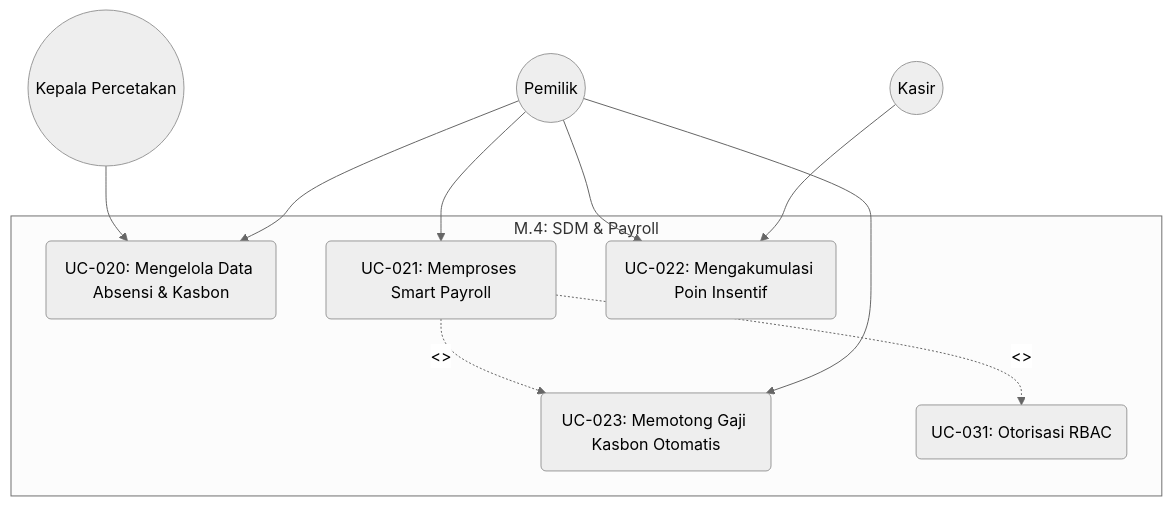
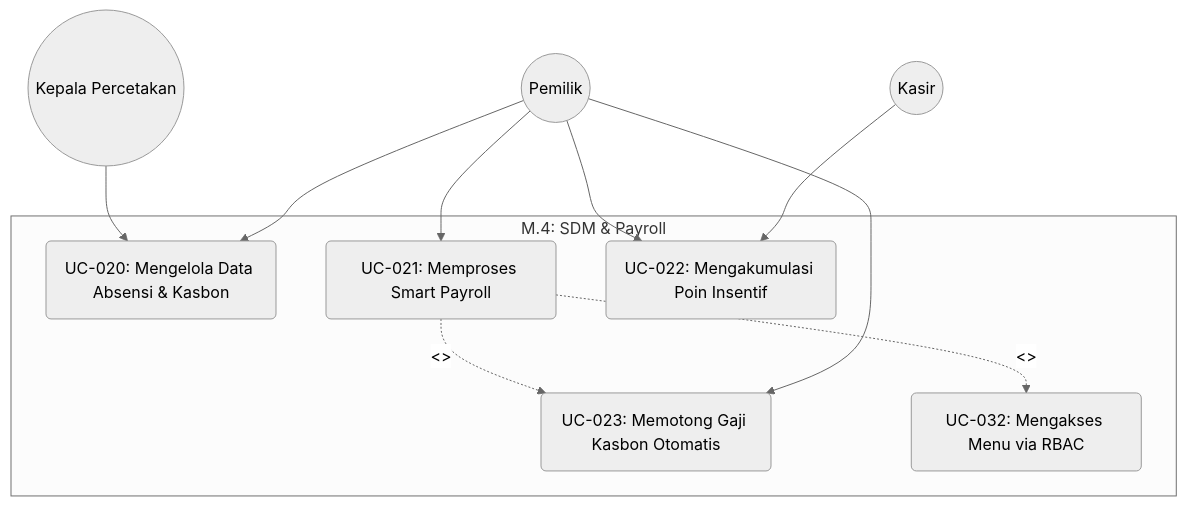
One commit to tigasatuu/abucom changed the sixth of 12 diagrams in docs/sdlc/02_analysis/03_use_case_diagram.md. Above: the diagram before and after it, drawn with Mermaid (neutral theme). The commit also changed other lines of this file, not shown here.

Commit message:
docs: implementasi issue validasi dokumen use case diagram

````diff
--- a/docs/sdlc/02_analysis/03_use_case_diagram.md
+++ b/docs/sdlc/02_analysis/03_use_case_diagram.md
@@ -317,16 +318,16 @@
 ```mermaid
 graph TB
     subgraph M.4: SDM & Payroll
         UC020("UC-020: Mengelola Data Absensi & Kasbon")
         UC021("UC-021: Memproses Smart Payroll")
         UC022("UC-022: Mengakumulasi Poin Insentif")
         UC023("UC-023: Memotong Gaji Kasbon Otomatis")
         
         UC021 -.->|"<<include>>"| UC023
-        UC021 -.->|"<<include>>"| UC031("UC-031: Otorisasi RBAC")
+        UC021 -.->|"<<include>>"| UC032("UC-032: Mengakses Menu via RBAC")
     end
 
     kepala_percetakan((Kepala Percetakan)) --> UC020
     pemilik((Pemilik)) --> UC020 & UC021 & UC022 & UC023
     kasir((Kasir)) --> UC022
 ```
````
